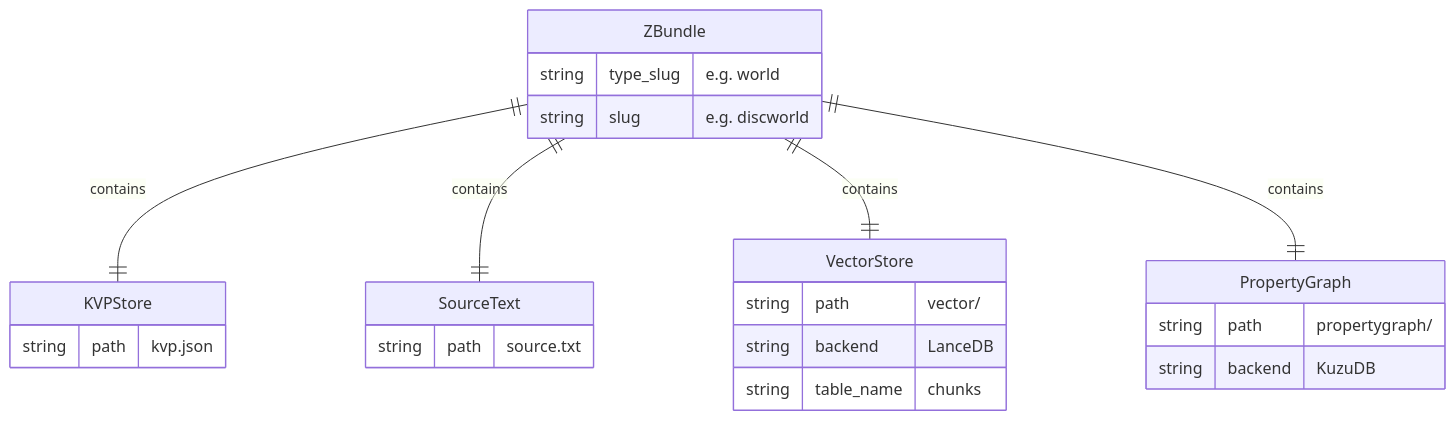
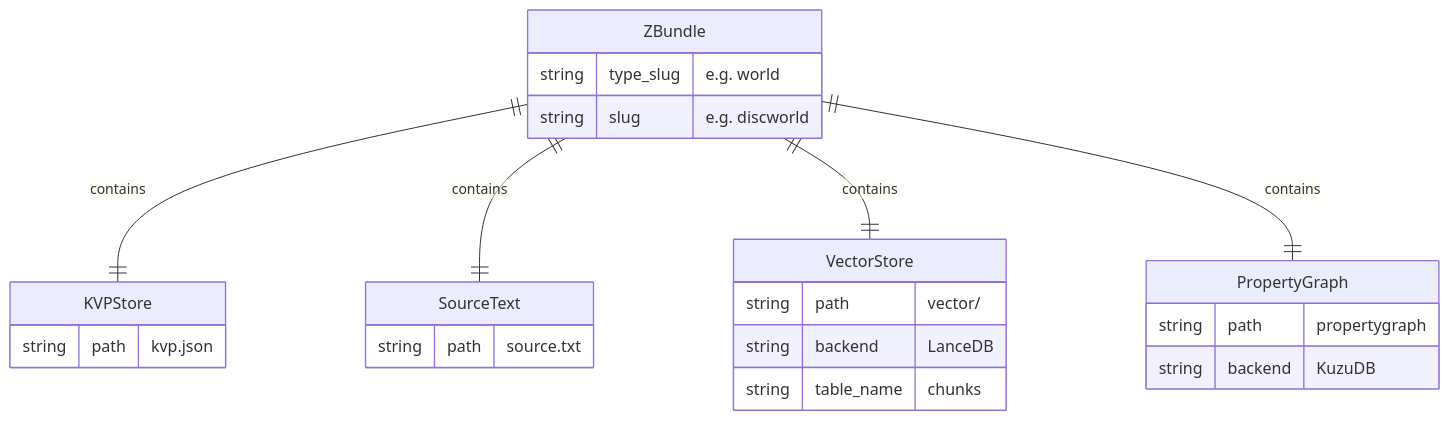
One commit to peterbaileyct/zforge changed the second of 4 diagrams in docs/ER Diagram.md. Above: the diagram before and after it, drawn with Mermaid. The commit also changed other lines of this file and 19 other files, not shown here.

````diff
--- a/docs/ER Diagram.md
+++ b/docs/ER Diagram.md
@@ -77,27 +77,27 @@
 ```mermaid
 erDiagram
     ZBundle {
         string type_slug "e.g. world"
         string slug "e.g. discworld"
     }
     KVPStore {
         string path "kvp.json"
     }
     SourceText {
         string path "source.txt"
     }
     VectorStore {
         string path "vector/"
         string backend "LanceDB"
         string table_name "chunks"
     }
     PropertyGraph {
-        string path "propertygraph/"
+        string path "propertygraph"
         string backend "KuzuDB"
     }
 
     ZBundle      ||--|| KVPStore         : "contains"
     ZBundle      ||--|| SourceText       : "contains"
     ZBundle      ||--|| VectorStore      : "contains"
     ZBundle      ||--|| PropertyGraph    : "contains"
 ```
````
